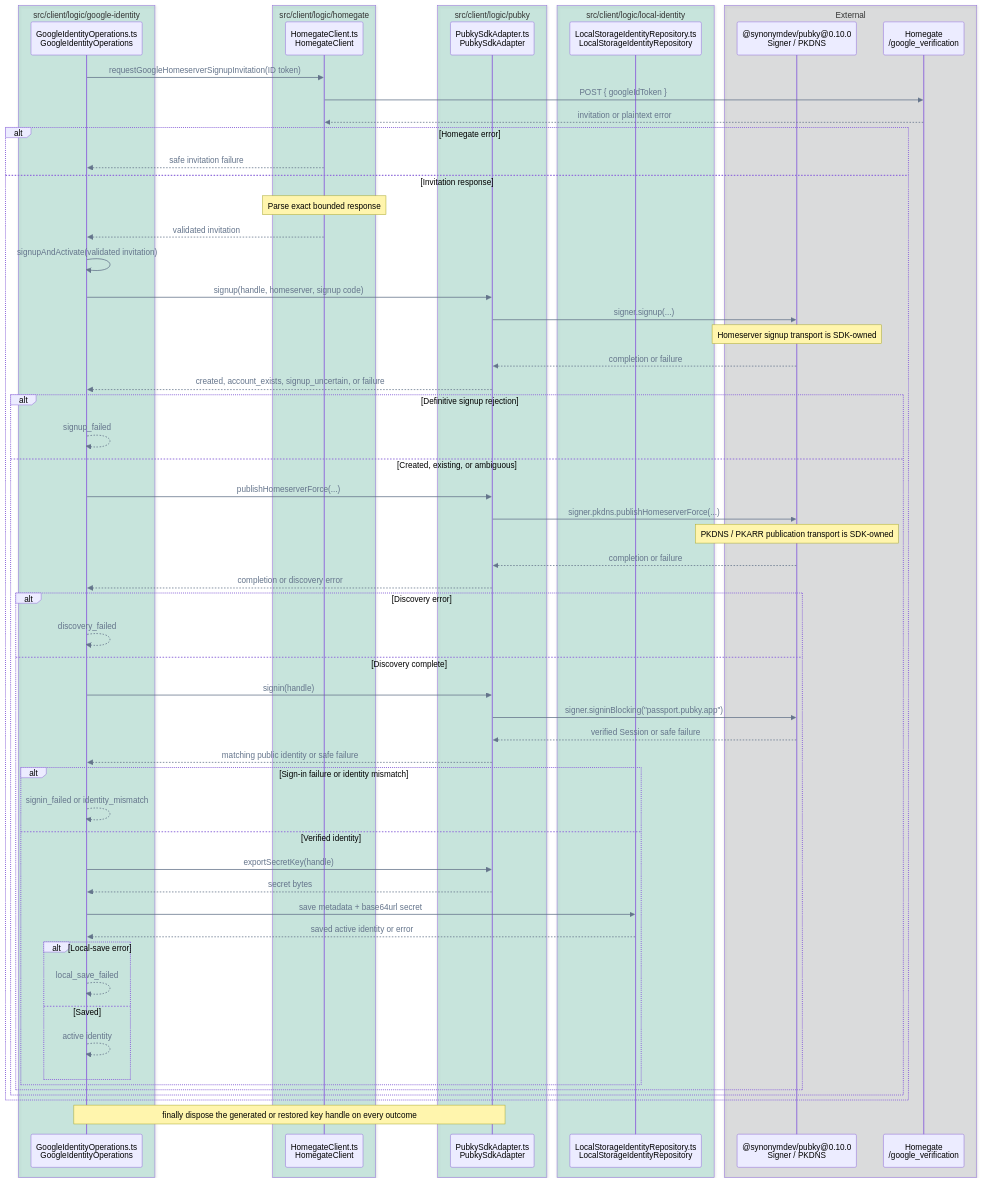
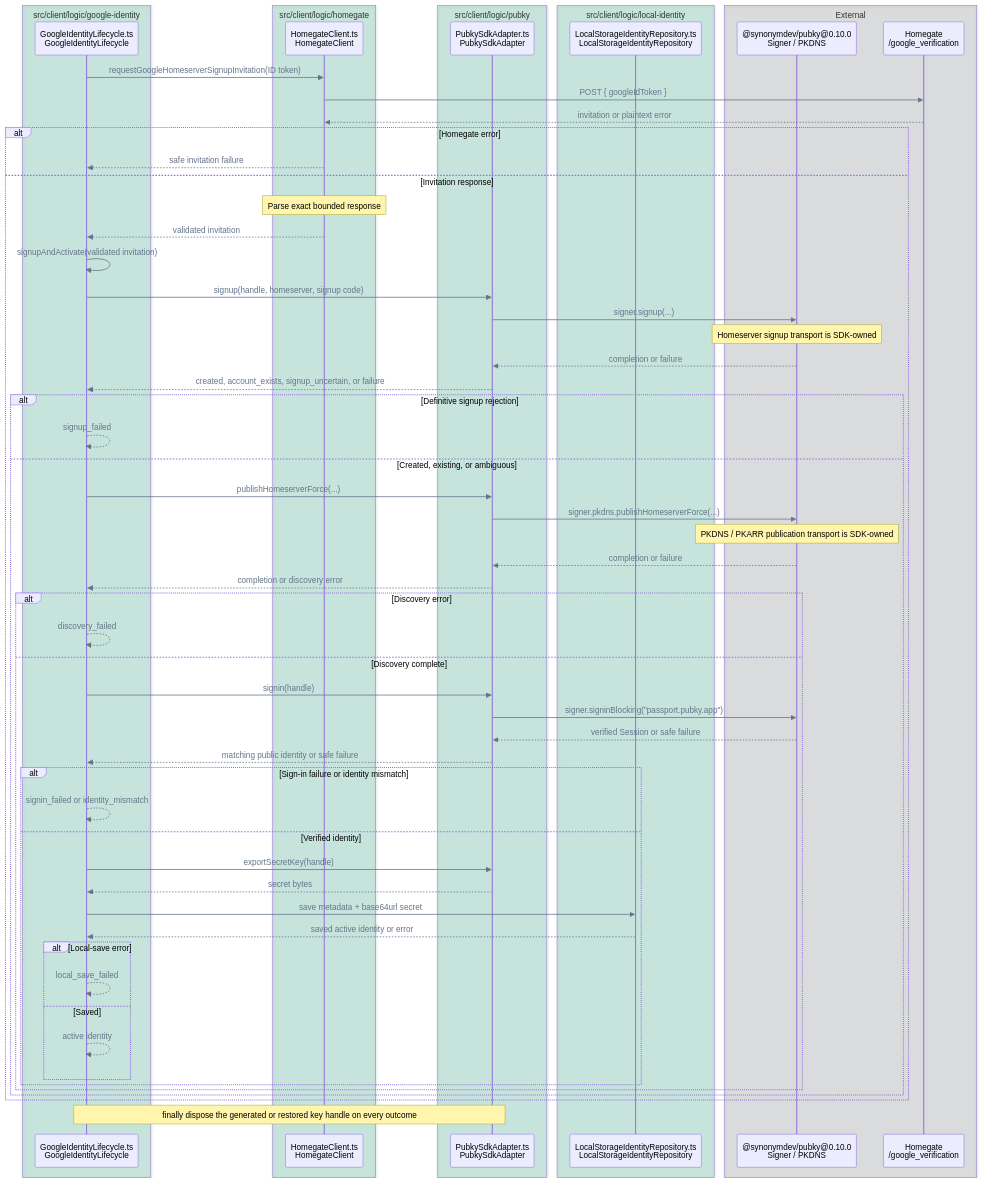
One commit to pubky/pubky-passport changed diagram 11 of 14 in FLOWS.md. Above: the diagram before and after it, drawn with Mermaid. The commit also changed other lines of this file and 15 other files, not shown here.

````diff
--- a/FLOWS.md
+++ b/FLOWS.md
@@ -524,69 +524,69 @@
 ```mermaid
 %%{init: {"themeVariables": {"signalColor": "#64748B", "signalTextColor": "#64748B"}}}%%
 sequenceDiagram
     accTitle: Missing identity activation and local save call flow
-    accDescr: GoogleIdentityOperations requests a homeserver signup invitation, then uses its shared signup-and-activation method for both fresh creation and interrupted setup recovery.
+    accDescr: GoogleIdentityLifecycle requests a homeserver signup invitation, then uses its shared signup-and-activation method for both fresh creation and interrupted setup recovery.
     box rgba(0, 158, 115, 0.18) src/client/logic/google-identity
-        participant Operations as GoogleIdentityOperations.ts<br/>GoogleIdentityOperations
+        participant Operations as GoogleIdentityLifecycle.ts<br/>GoogleIdentityLifecycle
     end
     box rgba(0, 158, 115, 0.18) src/client/logic/homegate
         participant Invite as HomegateClient.ts<br/>HomegateClient
     end
     box rgba(0, 158, 115, 0.18) src/client/logic/pubky
         participant Pubky as PubkySdkAdapter.ts<br/>PubkySdkAdapter
     end
     box rgba(0, 158, 115, 0.18) src/client/logic/local-identity
         participant Repo as LocalStorageIdentityRepository.ts<br/>LocalStorageIdentityRepository
     end
     box rgba(17, 24, 39, 0.12) External
         participant SDK as @synonymdev/pubky@0.10.0<br/>Signer / PKDNS
         participant Homegate as Homegate<br/>/google_verification
     end
 
     Operations->>Invite: requestGoogleHomeserverSignupInvitation(ID token)
     Invite->>Homegate: POST { googleIdToken }
     Homegate-->>Invite: invitation or plaintext error
     alt Homegate error
         Invite-->>Operations: safe invitation failure
     else Invitation response
         Note over Invite: Parse exact bounded response
         Invite-->>Operations: validated invitation
         Operations->>Operations: signupAndActivate(validated invitation)
         Operations->>Pubky: signup(handle, homeserver, signup code)
         Pubky->>SDK: signer.signup(...)
         Note over SDK: Homeserver signup transport is SDK-owned
         SDK-->>Pubky: completion or failure
         Pubky-->>Operations: created, account_exists, signup_uncertain, or failure
         alt Definitive signup rejection
             Operations-->>Operations: signup_failed
         else Created, existing, or ambiguous
             Operations->>Pubky: publishHomeserverForce(...)
             Pubky->>SDK: signer.pkdns.publishHomeserverForce(...)
             Note over SDK: PKDNS / PKARR publication transport is SDK-owned
             SDK-->>Pubky: completion or failure
             Pubky-->>Operations: completion or discovery error
             alt Discovery error
                 Operations-->>Operations: discovery_failed
             else Discovery complete
                 Operations->>Pubky: signin(handle)
                 Pubky->>SDK: signer.signinBlocking("passport.pubky.app")
                 SDK-->>Pubky: verified Session or safe failure
                 Pubky-->>Operations: matching public identity or safe failure
                 alt Sign-in failure or identity mismatch
                     Operations-->>Operations: signin_failed or identity_mismatch
                 else Verified identity
                     Operations->>Pubky: exportSecretKey(handle)
                     Pubky-->>Operations: secret bytes
                     Operations->>Repo: save metadata + base64url secret
                     Repo-->>Operations: saved active identity or error
                     alt Local-save error
                         Operations-->>Operations: local_save_failed
                     else Saved
                         Operations-->>Operations: active identity
                     end
                 end
             end
         end
     end
     Note over Operations,Pubky: finally dispose the generated or restored key handle on every outcome
 ```
````
